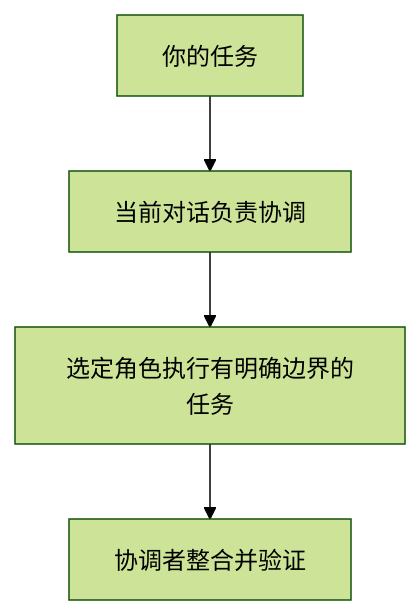
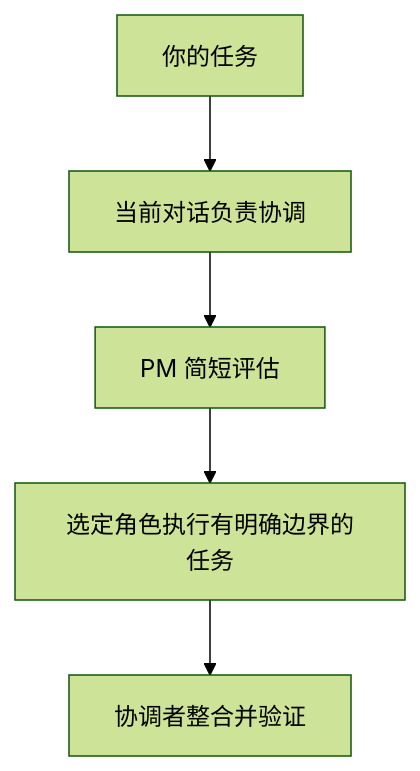
Before and after one commit to pnetcloud/plex-ai: the diagram in docs/translations/zh-CN/README.md, drawn with Mermaid (forest theme). The commit also changed other lines of this file and 33 other files, not shown here.

````diff
--- a/docs/translations/zh-CN/README.md
+++ b/docs/translations/zh-CN/README.md
@@ -49,6 +49,7 @@
 ```mermaid
 flowchart TD
     A[你的任务] --> B[当前对话负责协调]
-    B --> C[选定角色执行有明确边界的任务]
+    B --> P[PM 简短评估]
+    P --> C[选定角色执行有明确边界的任务]
     C --> D[协调者整合并验证]
 ```
````
